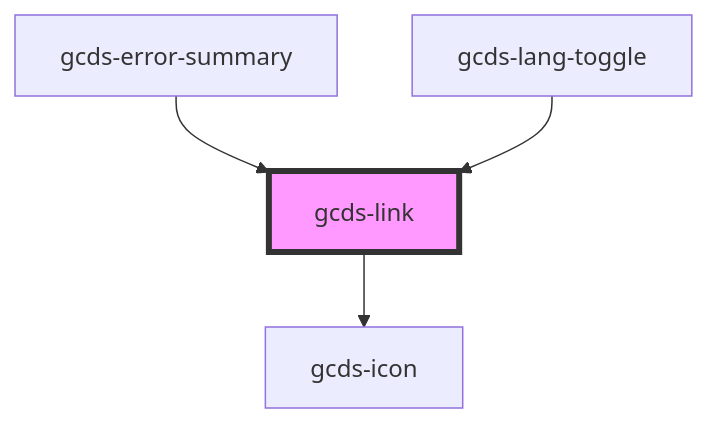
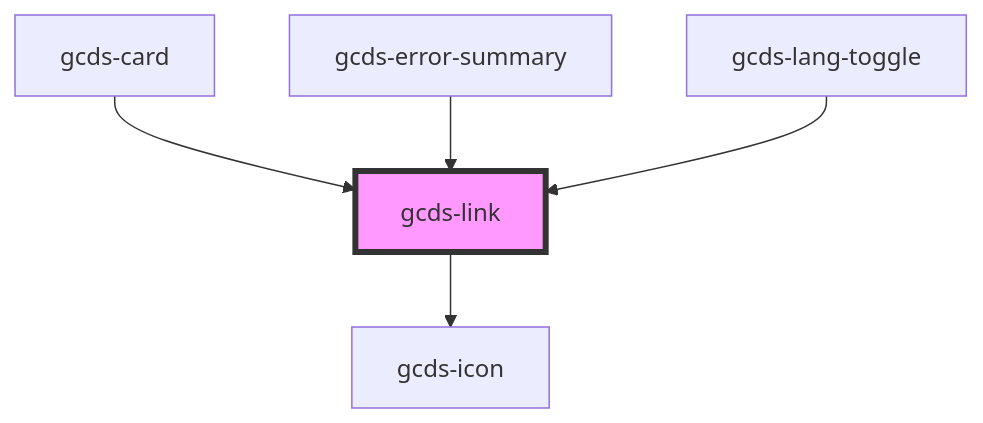
Before and after one commit to cds-snc/gcds-components: the diagram in packages/web/src/components/gcds-link/readme.md, drawn with Mermaid. The commit also changed other lines of this file and 4 other files, not shown here.

Commit message:
refactor: integrate gcds-link into gcds-card

````diff
--- a/packages/web/src/components/gcds-link/readme.md
+++ b/packages/web/src/components/gcds-link/readme.md
@@ -44,7 +45,8 @@
 ```mermaid
 graph TD;
   gcds-link --> gcds-icon
+  gcds-card --> gcds-link
   gcds-error-summary --> gcds-link
   gcds-lang-toggle --> gcds-link
   style gcds-link fill:#f9f,stroke:#333,stroke-width:4px
 ```
````
